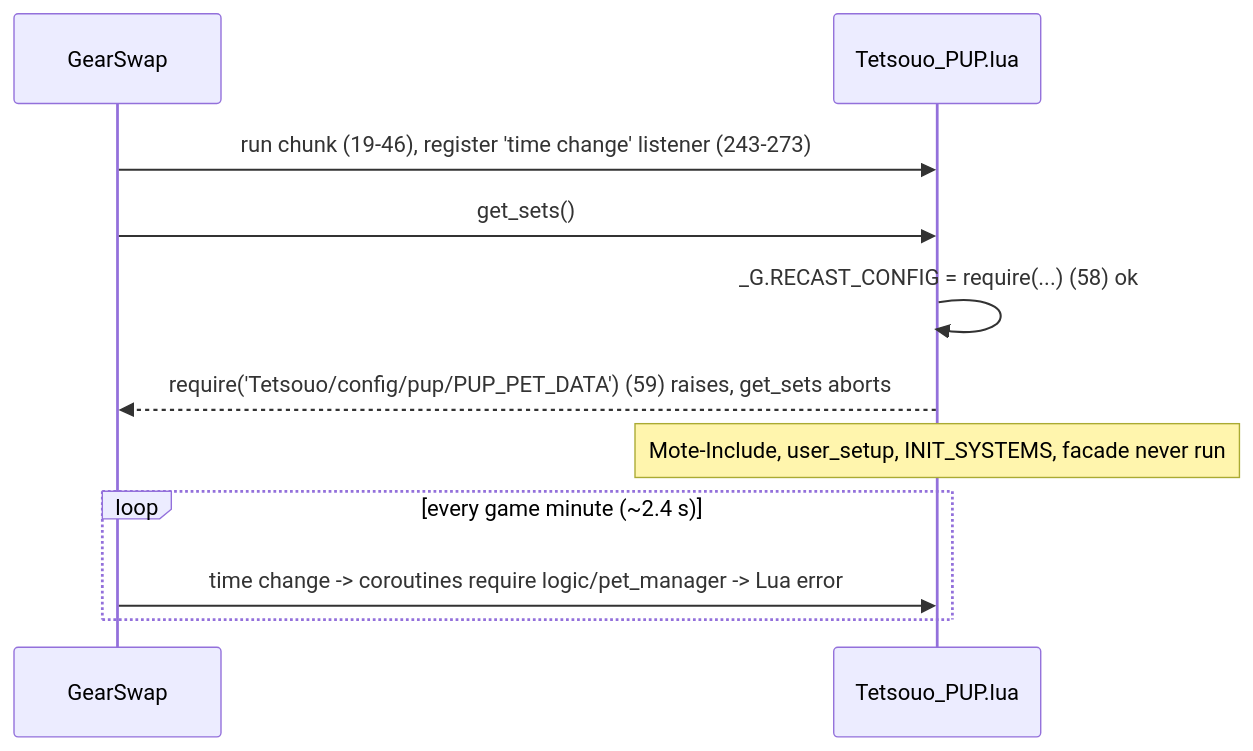
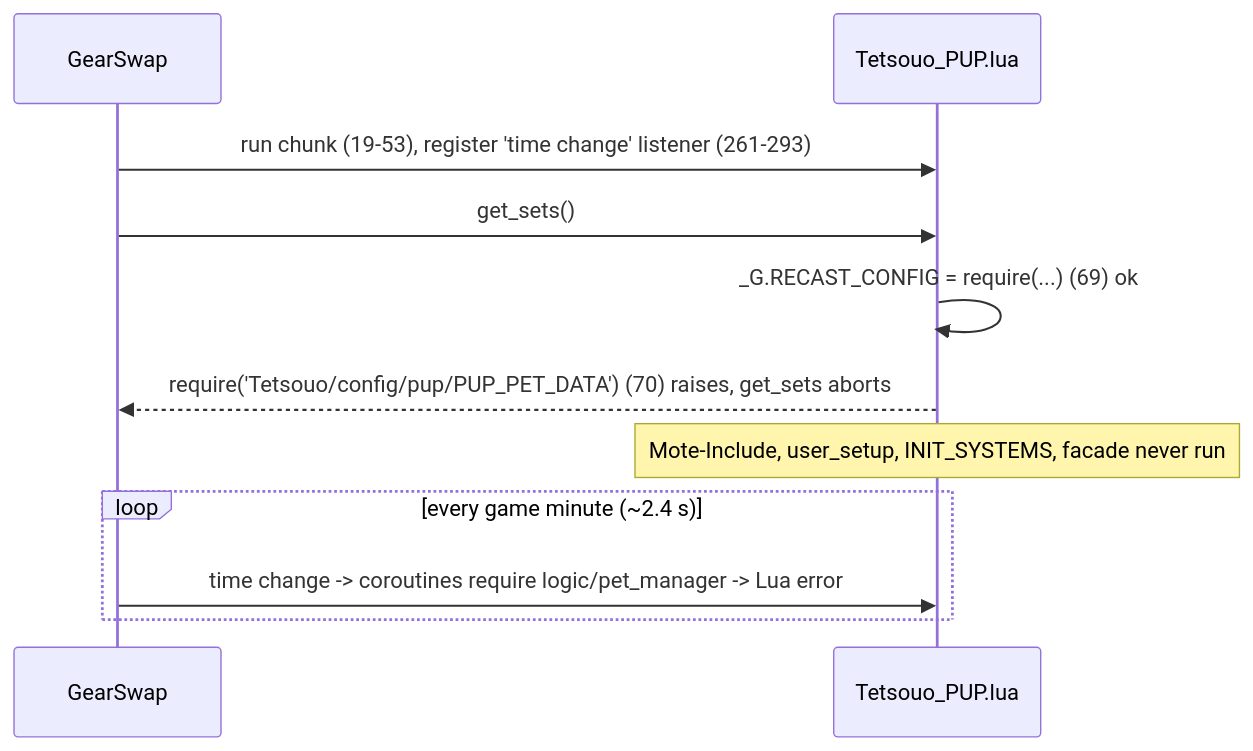
One commit to ejouanchicot/Gearswap changed the diagram in docs/dev/jobs/pup.md. Above: the diagram before and after it, drawn with Mermaid. The commit also changed other lines of this file and 81 other files, not shown here.

````diff
--- a/docs/dev/jobs/pup.md
+++ b/docs/dev/jobs/pup.md
@@ -62,13 +64,13 @@
 ```mermaid
 sequenceDiagram
     participant GS as GearSwap
     participant E as Tetsouo_PUP.lua
-    GS->>E: run chunk (19-46), register 'time change' listener (243-273)
+    GS->>E: run chunk (19-53), register 'time change' listener (261-293)
     GS->>E: get_sets()
-    E->>E: _G.RECAST_CONFIG = require(...) (58) ok
-    E-->>GS: require('Tetsouo/config/pup/PUP_PET_DATA') (59) raises, get_sets aborts
+    E->>E: _G.RECAST_CONFIG = require(...) (69) ok
+    E-->>GS: require('Tetsouo/config/pup/PUP_PET_DATA') (70) raises, get_sets aborts
     Note over E: Mote-Include, user_setup, INIT_SYSTEMS, facade never run
     loop every game minute (~2.4 s)
         GS->>E: time change -> coroutines require logic/pet_manager -> Lua error
     end
 ```
````
